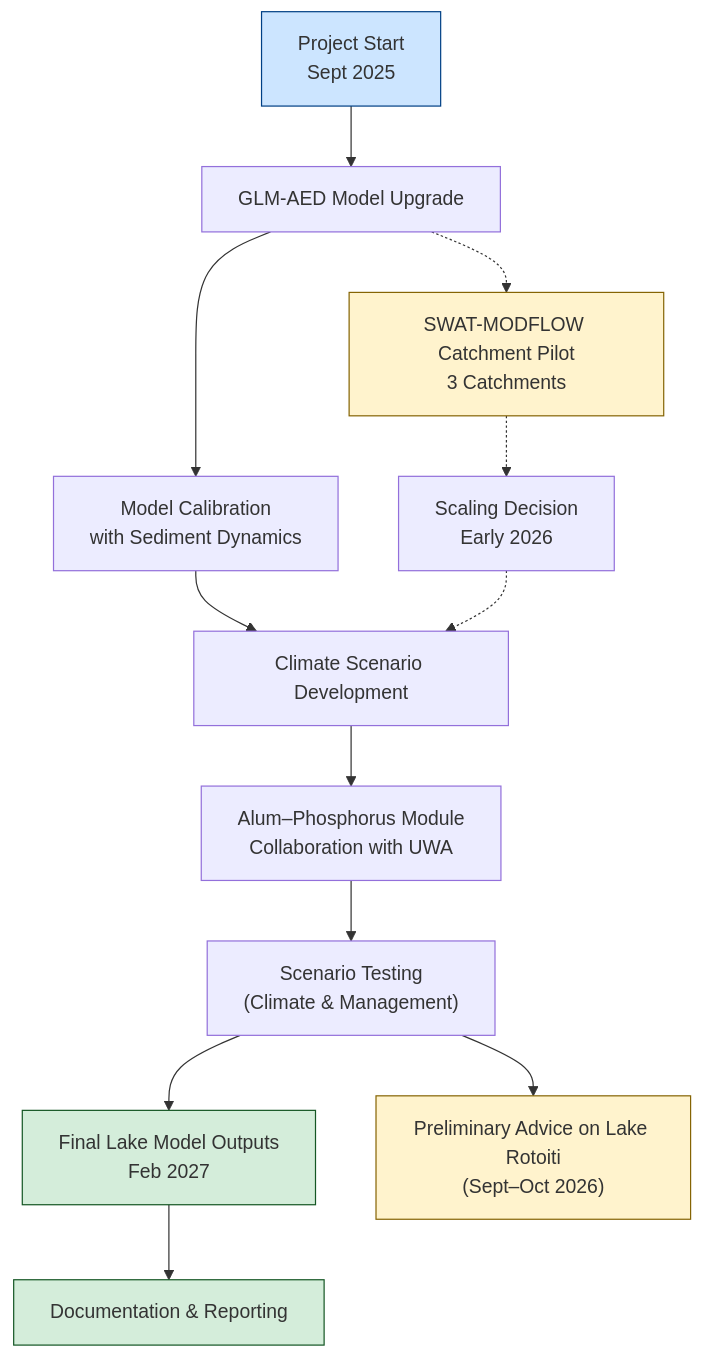
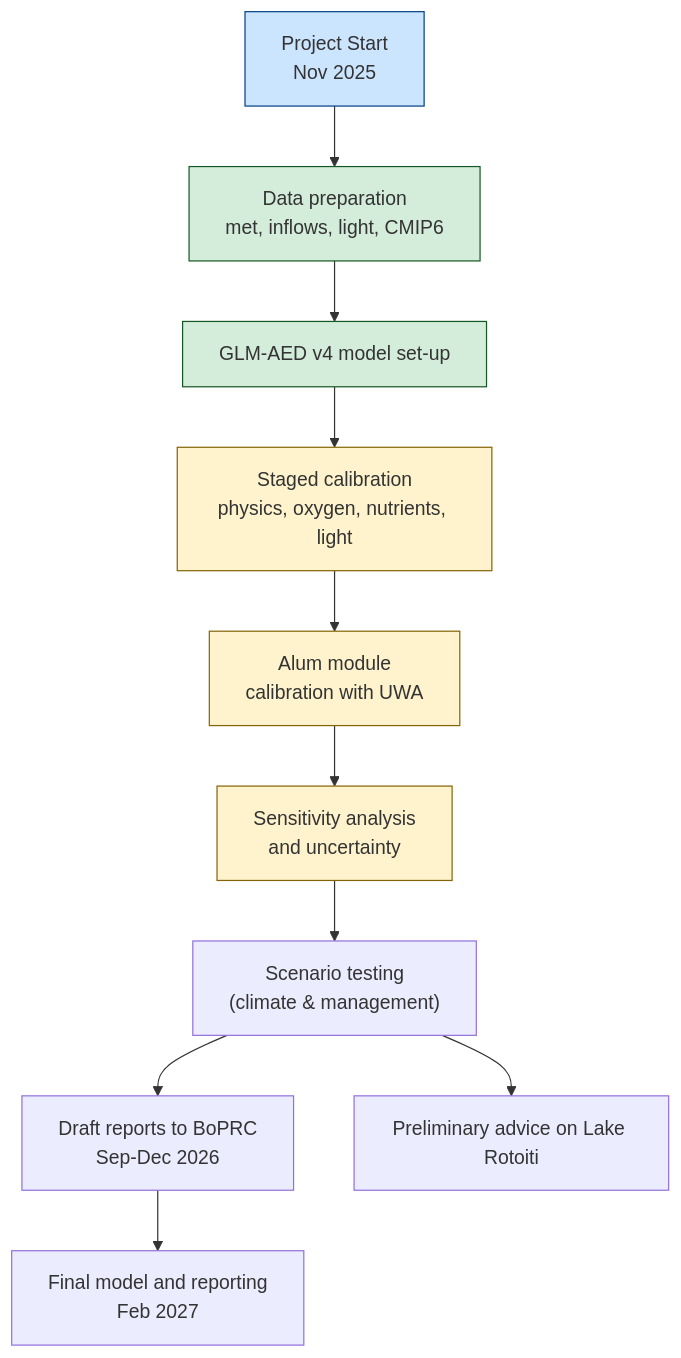
One commit to tadhg-moore/rotorua-pc10 changed the diagram in README.md. Above: the diagram before and after it, drawn with Mermaid. The commit also changed other lines of this file and 1 other file, not shown here.

````diff
--- a/README.md
+++ b/README.md
@@ -108,30 +86,19 @@
-``` mermaid
-flowchart TD 
-%% --- Project Overview --- 
+```mermaid
+flowchart TD
+A[Project Start<br>Nov 2025] --> B[Data preparation<br>met, inflows, light, CMIP6]
+B --> C[GLM-AED v4 model set-up]
+C --> D[Staged calibration<br>physics, oxygen, nutrients, light]
+D --> E[Alum module<br>calibration with UWA]
+E --> F[Sensitivity analysis<br>and uncertainty]
+F --> G["Scenario testing<br>(climate & management)"]
+G --> H[Draft reports to BoPRC<br>Sep-Dec 2026]
+G --> I["Preliminary advice on Lake Rotoiti"]
+H --> J[Final model and reporting<br>Feb 2027]
 
-A[Project Start<br>Sept 2025] --> B[GLM-AED Model Upgrade] 
-B --> C[Model Calibration<br>with Sediment Dynamics]
-C --> D[Climate Scenario Development]
-D --> E[Alum–Phosphorus Module<br>Collaboration with UWA] 
-E --> F["Scenario Testing<br>(Climate & Management)"] 
-F --> G[Final Lake Model Outputs<br>Feb 2027] 
-
-
-%% --- Parallel / External Links --- 
-B -.-> H["SWAT-MODFLOW Catchment Pilot<br>3 Catchments"] 
-H -.-> I[Scaling Decision<br>Early 2026] 
-I -.-> D
-
-%% --- Outputs & Advice ---
-
-F --> J["Preliminary Advice on Lake Rotoiti<br>(Sept–Oct 2026)"]
-G --> K[Documentation & Reporting] 
-
-%% --- Styles --- 
-style A fill:#cce5ff,stroke:#004085,stroke-width:1px 
-style G fill:#d4edda,stroke:#155724,stroke-width:1px 
-style K fill:#d4edda,stroke:#155724,stroke-width:1px 
-style H fill:#fff3cd,stroke:#856404,stroke-width:1px 
-style J fill:#fff3cd,stroke:#856404,stroke-width:1px 
-
+style A fill:#cce5ff,stroke:#004085,stroke-width:1px
+style B fill:#d4edda,stroke:#155724,stroke-width:1px
+style C fill:#d4edda,stroke:#155724,stroke-width:1px
+style D fill:#fff3cd,stroke:#856404,stroke-width:1px
+style E fill:#fff3cd,stroke:#856404,stroke-width:1px
+style F fill:#fff3cd,stroke:#856404,stroke-width:1px
 ```
````
